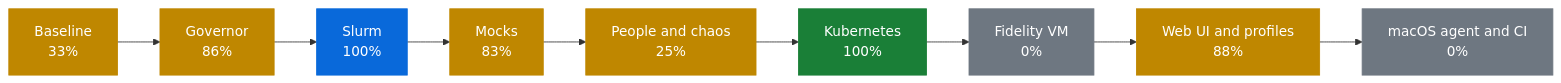
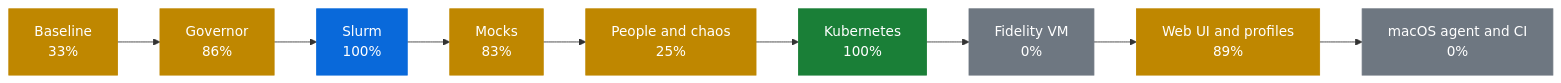
Before and after one commit to AhmedYousriSobhi/workbench: the first of 2 diagrams in docs/PROGRESS.md, drawn with Mermaid. The commit also changed other lines of this file and 16 other files, not shown here.

````diff
--- a/docs/PROGRESS.md
+++ b/docs/PROGRESS.md
@@ -10,17 +10,17 @@
 ```mermaid
 flowchart LR
     p0["Baseline<br/>33%"]:::partial
     p1["Governor<br/>86%"]:::partial
     p2["Slurm<br/>100%"]:::review
     p3["Mocks<br/>83%"]:::partial
     p4["People and chaos<br/>25%"]:::partial
     p5["Kubernetes<br/>100%"]:::done
     p6["Fidelity VM<br/>0%"]:::todo
-    p7["Web UI and profiles<br/>88%"]:::partial
+    p7["Web UI and profiles<br/>89%"]:::partial
     p8["macOS agent and CI<br/>0%"]:::todo
     p0 --> p1 --> p2 --> p3 --> p4 --> p5 --> p6 --> p7 --> p8
     classDef done fill:#1a7f37,stroke:#1a7f37,color:#fff
     classDef review fill:#0969da,stroke:#0969da,color:#fff
     classDef partial fill:#bf8700,stroke:#bf8700,color:#fff
     classDef todo fill:#6e7781,stroke:#6e7781,color:#fff
 ```
````
